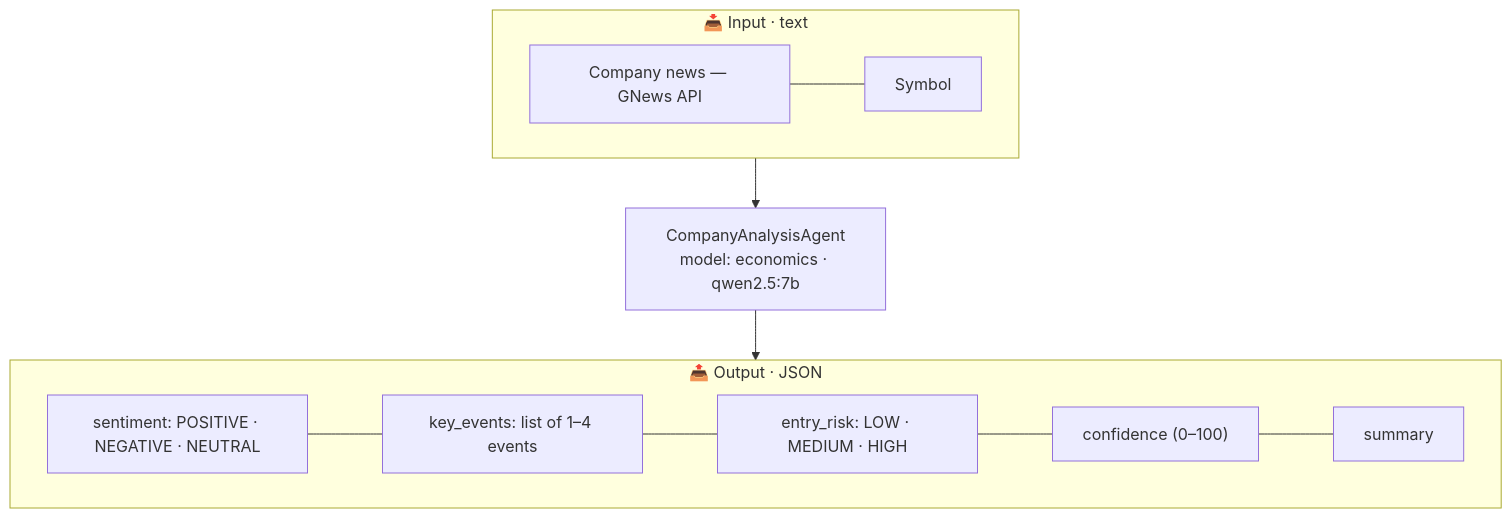
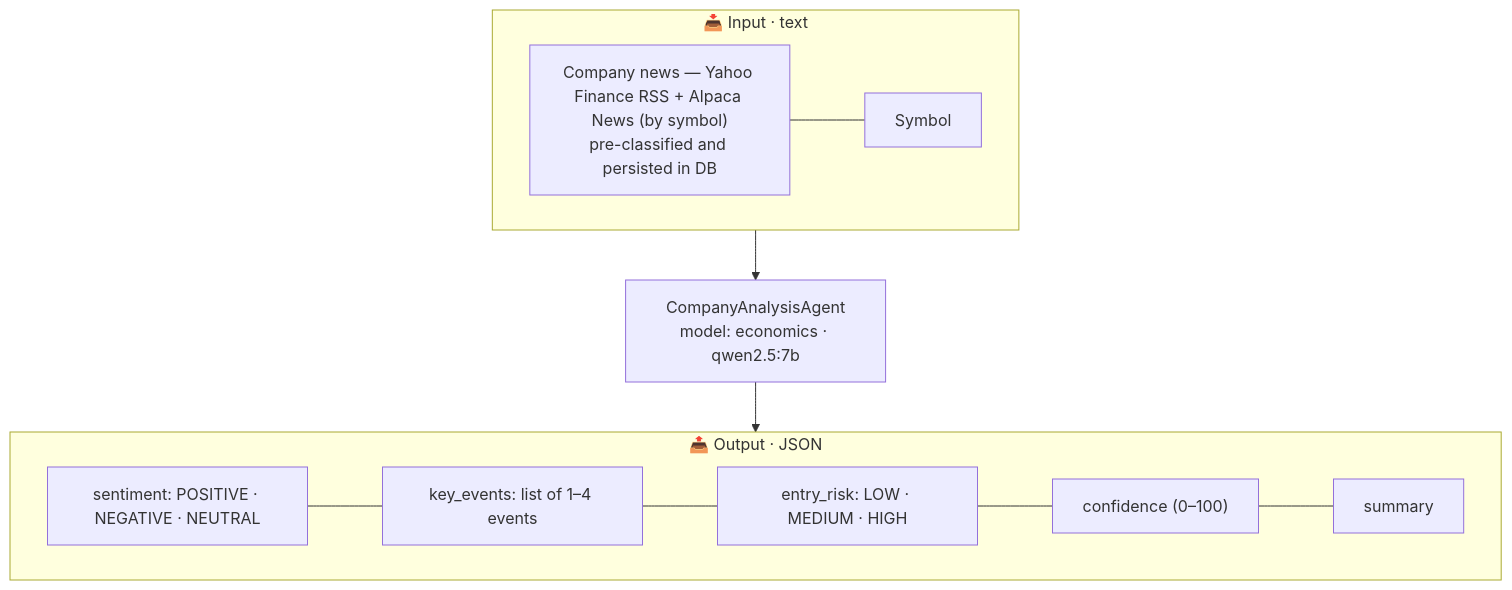
Before and after one commit to juandgm13/Trading-AI-Agent: the fifth of 6 diagrams in docs/architecture.md, drawn with Mermaid. The commit also changed other lines of this file and 7 other files, not shown here.

````diff
--- a/docs/architecture.md
+++ b/docs/architecture.md
@@ -141,19 +141,19 @@
 ```mermaid
 flowchart TB
     subgraph IN["📥 Input · text"]
-        I1["Company news — GNews API"]
+        I1["Company news — Yahoo Finance RSS + Alpaca News (by symbol)<br/>pre-classified and persisted in DB"]
         --- I2["Symbol"]
     end
 
     AG["CompanyAnalysisAgent<br/>model: economics · qwen2.5:7b"]
 
     subgraph OUT["📤 Output · JSON"]
         O1["sentiment: POSITIVE · NEGATIVE · NEUTRAL"]
         --- O2["key_events: list of 1–4 events"]
         --- O3["entry_risk: LOW · MEDIUM · HIGH"]
         --- O4["confidence (0–100)"]
         --- O5["summary"]
     end
 
     IN --> AG --> OUT
 ```
````
